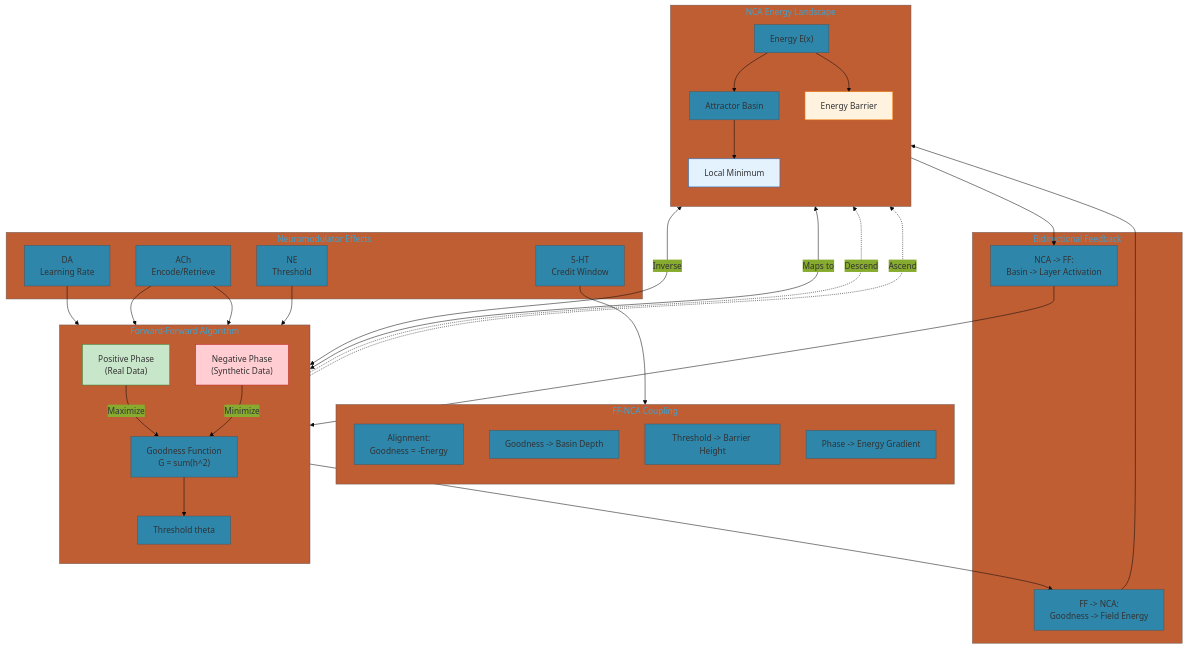
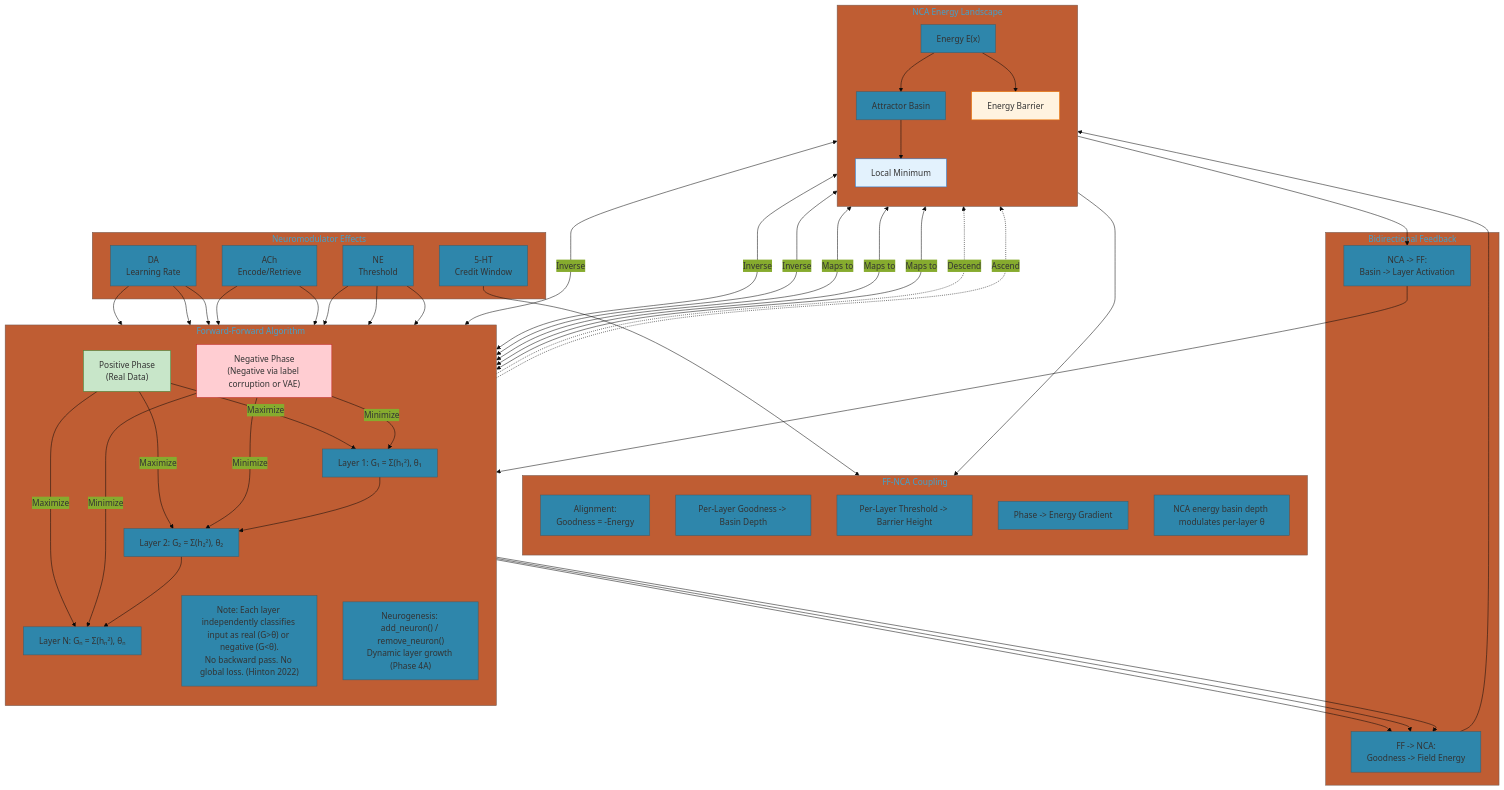
The diagram in docs/diagrams/ff_nca_coupling.mermaid (astoreyai/t4d), drawn with Mermaid before and after one commit. The commit also changed 71 other files, not shown here.

First line of the commit message:
Sync all diagrams to match code reality (42 atomic edits)

```diff
--- a/docs/diagrams/ff_nca_coupling.mermaid
+++ b/docs/diagrams/ff_nca_coupling.mermaid
@@ -1,69 +1,95 @@
 %%{init: {'theme': 'base', 'themeVariables': { 'primaryColor': '#2e86ab'}}}%%
 flowchart TB
     subgraph FF["Forward-Forward Algorithm"]
         direction TB
         FF_POS["Positive Phase<br/>(Real Data)"]
-        FF_NEG["Negative Phase<br/>(Synthetic Data)"]
-        FF_GOOD["Goodness Function<br/>G = sum(h^2)"]
-        FF_THR["Threshold theta"]
+        FF_NEG["Negative Phase<br/>(Negative via label corruption or VAE)"]
+
+        L1_G["Layer 1: G₁ = Σ(h₁²), θ₁"]
+        L2_G["Layer 2: G₂ = Σ(h₂²), θ₂"]
+        LN_G["Layer N: Gₙ = Σ(hₙ²), θₙ"]
+
+        FF_NOTE["Note: Each layer independently classifies input as real (G>θ) or negative (G<θ).<br/>No backward pass. No global loss. (Hinton 2022)"]
+        FF_NEURO["Neurogenesis: add_neuron() / remove_neuron()<br/>Dynamic layer growth (Phase 4A)"]
     end
 
     subgraph NCA["NCA Energy Landscape"]
         direction TB
         NCA_EN["Energy E(x)"]
         NCA_BASIN["Attractor Basin"]
         NCA_BARR["Energy Barrier"]
         NCA_MIN["Local Minimum"]
     end
 
     subgraph Coupling["FF-NCA Coupling"]
         direction TB
         ALIGN["Alignment:<br/>Goodness = -Energy"]
-        G2E["Goodness -> Basin Depth"]
-        TH2B["Threshold -> Barrier Height"]
+        G2E["Per-Layer Goodness -> Basin Depth"]
+        TH2B["Per-Layer Threshold -> Barrier Height"]
         PH2D["Phase -> Energy Gradient"]
+        ENERGY_MODU["NCA energy basin depth modulates per-layer θ"]
     end
 
     subgraph NT["Neuromodulator Effects"]
         DA["DA<br/>Learning Rate"]
         ACH["ACh<br/>Encode/Retrieve"]
         NE["NE<br/>Threshold"]
         SHT["5-HT<br/>Credit Window"]
     end
 
     subgraph Feedback["Bidirectional Feedback"]
         FF2NCA["FF -> NCA:<br/>Goodness -> Field Energy"]
         NCA2FF["NCA -> FF:<br/>Basin -> Layer Activation"]
     end
 
-    %% FF internal
-    FF_POS -->|"Maximize"| FF_GOOD
-    FF_NEG -->|"Minimize"| FF_GOOD
-    FF_GOOD --> FF_THR
+    %% FF internal - per-layer processing
+    FF_POS -->|"Maximize"| L1_G
+    FF_POS -->|"Maximize"| L2_G
+    FF_POS -->|"Maximize"| LN_G
+
+    FF_NEG -->|"Minimize"| L1_G
+    FF_NEG -->|"Minimize"| L2_G
+    FF_NEG -->|"Minimize"| LN_G
+
+    L1_G --> L2_G --> LN_G
 
     %% NCA internal
     NCA_EN --> NCA_BASIN
     NCA_EN --> NCA_BARR
     NCA_BASIN --> NCA_MIN
 
-    %% Coupling relationships
-    FF_GOOD <-->|"Inverse"| NCA_EN
-    FF_THR <-->|"Maps to"| NCA_BARR
+    %% Coupling relationships - per-layer
+    L1_G <-->|"Inverse"| NCA_EN
+    L2_G <-->|"Inverse"| NCA_EN
+    LN_G <-->|"Inverse"| NCA_EN
+
+    L1_G <-->|"Maps to"| NCA_BARR
+    L2_G <-->|"Maps to"| NCA_BARR
+    LN_G <-->|"Maps to"| NCA_BARR
+
     FF_POS -.->|"Descend"| NCA_MIN
     FF_NEG -.->|"Ascend"| NCA_BARR
 
-    %% NT modulation
-    DA --> FF_GOOD
+    %% NT modulation - per-layer
+    DA --> L1_G
+    DA --> L2_G
+    DA --> LN_G
     ACH --> FF_POS
     ACH --> FF_NEG
-    NE --> FF_THR
+    NE --> L1_G
+    NE --> L2_G
+    NE --> LN_G
     SHT --> ALIGN
 
-    %% Feedback loop
-    FF_GOOD --> FF2NCA --> NCA_EN
+    %% Feedback loop - per-layer
+    L1_G --> FF2NCA
+    L2_G --> FF2NCA
+    LN_G --> FF2NCA
+    FF2NCA --> NCA_EN
     NCA_BASIN --> NCA2FF --> FF_POS
+    NCA_BASIN --> ENERGY_MODU
 
     style FF_POS fill:#c8e6c9,stroke:#388e3c
     style FF_NEG fill:#ffcdd2,stroke:#c62828
     style NCA_MIN fill:#e3f2fd,stroke:#1976d2
     style NCA_BARR fill:#fff3e0,stroke:#f57c00
```
